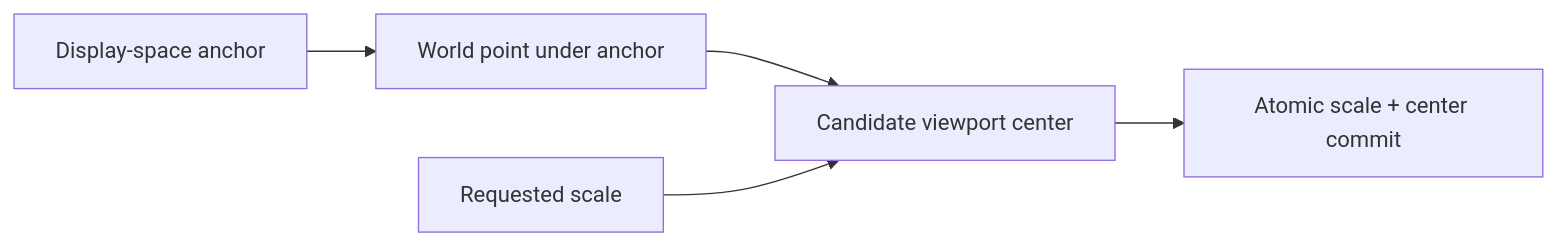
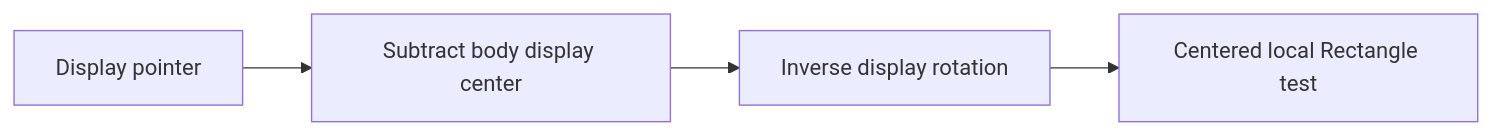
One commit to fa-ribeiro/vLab2D changed the ninth of 11 diagrams in docs/architecture/README.md. Above: the diagram before and after it, drawn with Mermaid. The commit also changed other lines of this file and 4 other files, not shown here.

Commit message:
docs: reconcile phase 2 architecture

````diff
--- a/docs/architecture/README.md
+++ b/docs/architecture/README.md
@@ -1008,11 +778,9 @@
 ```mermaid
 flowchart LR
-    ANCHOR["Display-space anchor"]
-    WORLD["World point under anchor"]
-    SCALE["Requested scale"]
-    CENTER["Candidate viewport center"]
-    COMMIT["Atomic scale + center commit"]
+    POINT["Display pointer"]
+    DELTA["Subtract body display center"]
+    LOCAL["Inverse display rotation"]
+    TEST["Centered local Rectangle test"]
 
-    ANCHOR --> WORLD --> CENTER
-    SCALE --> CENTER --> COMMIT
+    POINT --> DELTA --> LOCAL --> TEST
 ```
````
